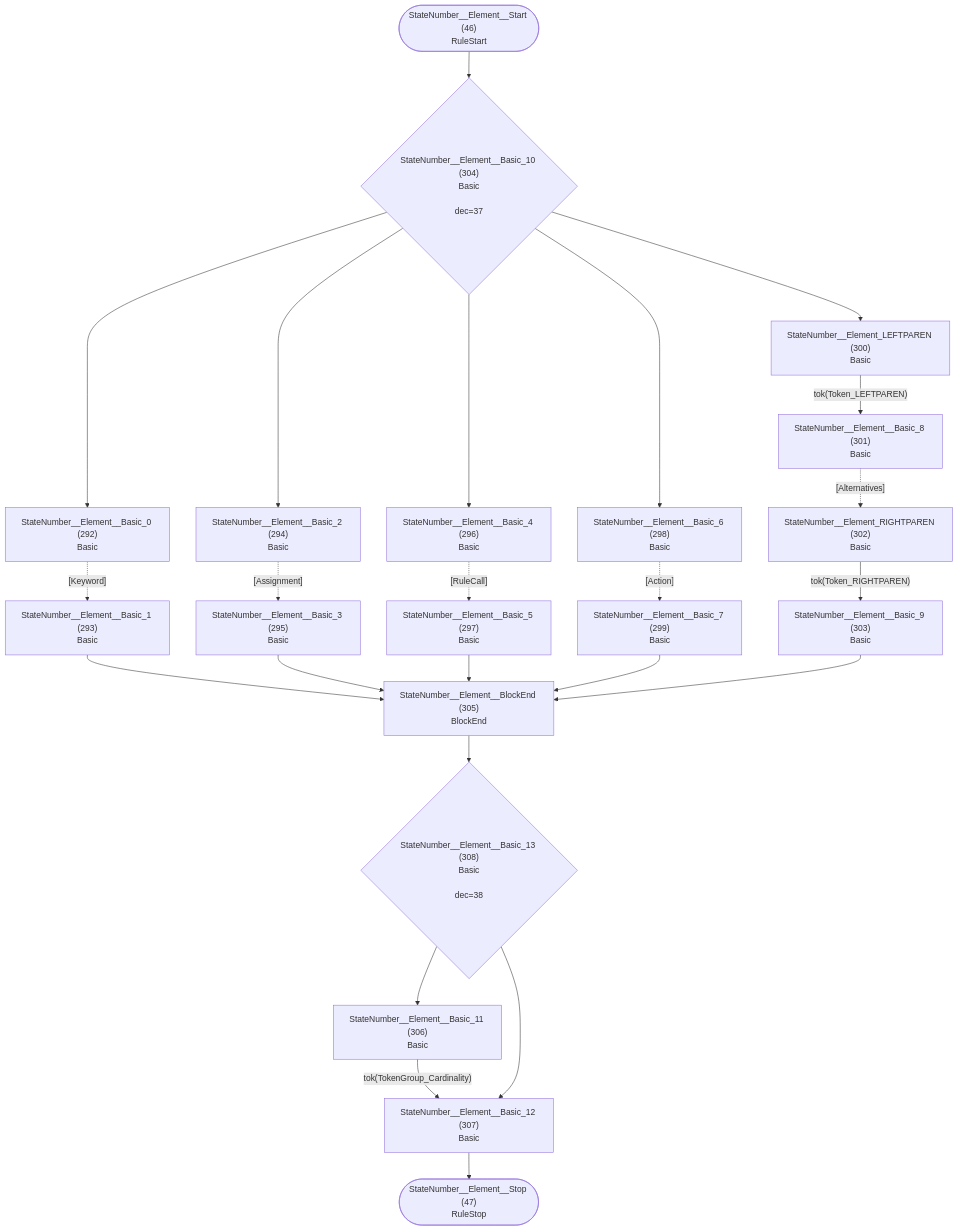
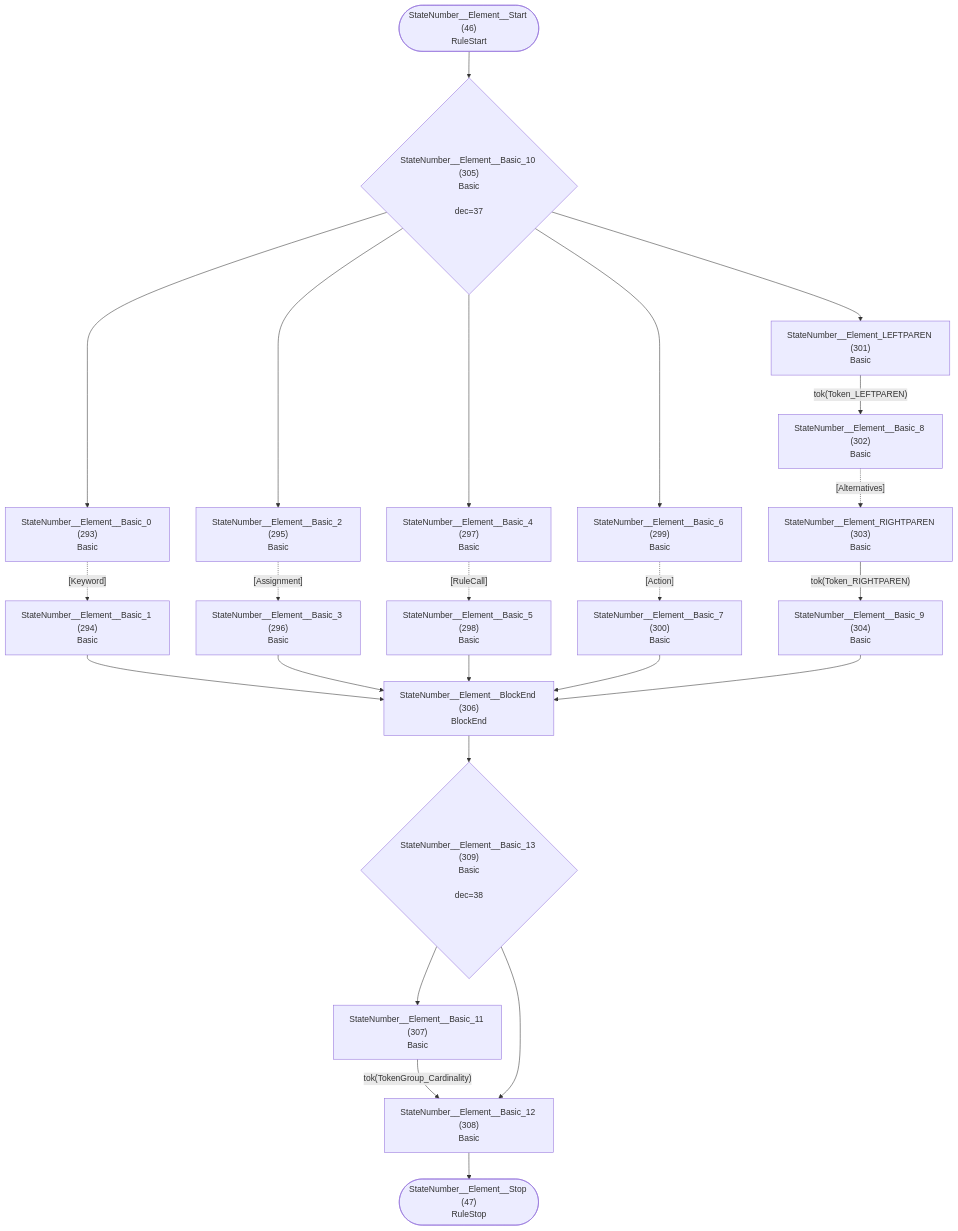
One commit to TypeFox/fastbelt changed diagram 24 of 36 in internal/grammar/atn.md. Above: the diagram before and after it, drawn with Mermaid. The commit also changed other lines of this file and 9 other files, not shown here.

Commit message:
Add token mode's keyword usages + Bootstrap

````diff
--- a/internal/grammar/atn.md
+++ b/internal/grammar/atn.md
@@ -723,46 +725,46 @@
 ```mermaid
 flowchart TD
     q46(["StateNumber__Element__Start (46)<br/>RuleStart"])
     q47(["StateNumber__Element__Stop (47)<br/>RuleStop"])
-    q292["StateNumber__Element__Basic_0 (292)<br/>Basic<br/>"]
-    q293["StateNumber__Element__Basic_1 (293)<br/>Basic<br/>"]
-    q294["StateNumber__Element__Basic_2 (294)<br/>Basic<br/>"]
-    q295["StateNumber__Element__Basic_3 (295)<br/>Basic<br/>"]
-    q296["StateNumber__Element__Basic_4 (296)<br/>Basic<br/>"]
-    q297["StateNumber__Element__Basic_5 (297)<br/>Basic<br/>"]
-    q298["StateNumber__Element__Basic_6 (298)<br/>Basic<br/>"]
-    q299["StateNumber__Element__Basic_7 (299)<br/>Basic<br/>"]
-    q300["StateNumber__Element_LEFTPAREN (300)<br/>Basic<br/>"]
-    q301["StateNumber__Element__Basic_8 (301)<br/>Basic<br/>"]
-    q302["StateNumber__Element_RIGHTPAREN (302)<br/>Basic<br/>"]
-    q303["StateNumber__Element__Basic_9 (303)<br/>Basic<br/>"]
-    q304{"StateNumber__Element__Basic_10 (304)<br/>Basic<br/><br/>dec=37"}
-    q305["StateNumber__Element__BlockEnd (305)<br/>BlockEnd<br/>"]
-    q306["StateNumber__Element__Basic_11 (306)<br/>Basic<br/>"]
-    q307["StateNumber__Element__Basic_12 (307)<br/>Basic<br/>"]
-    q308{"StateNumber__Element__Basic_13 (308)<br/>Basic<br/><br/>dec=38"}
+    q293["StateNumber__Element__Basic_0 (293)<br/>Basic<br/>"]
+    q294["StateNumber__Element__Basic_1 (294)<br/>Basic<br/>"]
+    q295["StateNumber__Element__Basic_2 (295)<br/>Basic<br/>"]
+    q296["StateNumber__Element__Basic_3 (296)<br/>Basic<br/>"]
+    q297["StateNumber__Element__Basic_4 (297)<br/>Basic<br/>"]
+    q298["StateNumber__Element__Basic_5 (298)<br/>Basic<br/>"]
+    q299["StateNumber__Element__Basic_6 (299)<br/>Basic<br/>"]
+    q300["StateNumber__Element__Basic_7 (300)<br/>Basic<br/>"]
+    q301["StateNumber__Element_LEFTPAREN (301)<br/>Basic<br/>"]
+    q302["StateNumber__Element__Basic_8 (302)<br/>Basic<br/>"]
+    q303["StateNumber__Element_RIGHTPAREN (303)<br/>Basic<br/>"]
+    q304["StateNumber__Element__Basic_9 (304)<br/>Basic<br/>"]
+    q305{"StateNumber__Element__Basic_10 (305)<br/>Basic<br/><br/>dec=37"}
+    q306["StateNumber__Element__BlockEnd (306)<br/>BlockEnd<br/>"]
+    q307["StateNumber__Element__Basic_11 (307)<br/>Basic<br/>"]
+    q308["StateNumber__Element__Basic_12 (308)<br/>Basic<br/>"]
+    q309{"StateNumber__Element__Basic_13 (309)<br/>Basic<br/><br/>dec=38"}
 
-    q46 --> q304
-    q292 -.->|"[Keyword]"| q293
-    q293 --> q305
-    q294 -.->|"[Assignment]"| q295
-    q295 --> q305
-    q296 -.->|"[RuleCall]"| q297
-    q297 --> q305
-    q298 -.->|"[Action]"| q299
-    q299 --> q305
-    q300 -->|"tok(Token_LEFTPAREN)"| q301
-    q301 -.->|"[Alternatives]"| q302
-    q302 -->|"tok(Token_RIGHTPAREN)"| q303
-    q303 --> q305
-    q304 --> q292
-    q304 --> q294
-    q304 --> q296
-    q304 --> q298
-    q304 --> q300
-    q305 --> q308
-    q306 -->|"tok(TokenGroup_Cardinality)"| q307
-    q307 --> q47
-    q308 --> q306
-    q308 --> q307
+    q46 --> q305
+    q293 -.->|"[Keyword]"| q294
+    q294 --> q306
+    q295 -.->|"[Assignment]"| q296
+    q296 --> q306
+    q297 -.->|"[RuleCall]"| q298
+    q298 --> q306
+    q299 -.->|"[Action]"| q300
+    q300 --> q306
+    q301 -->|"tok(Token_LEFTPAREN)"| q302
+    q302 -.->|"[Alternatives]"| q303
+    q303 -->|"tok(Token_RIGHTPAREN)"| q304
+    q304 --> q306
+    q305 --> q293
+    q305 --> q295
+    q305 --> q297
+    q305 --> q299
+    q305 --> q301
+    q306 --> q309
+    q307 -->|"tok(TokenGroup_Cardinality)"| q308
+    q308 --> q47
+    q309 --> q307
+    q309 --> q308
 ```
````
